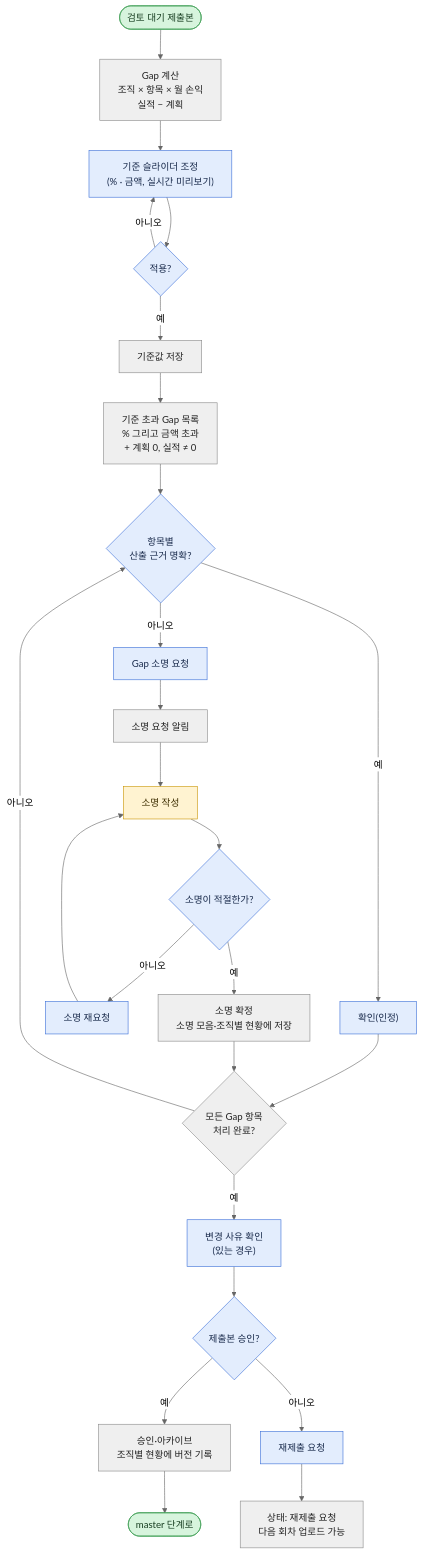
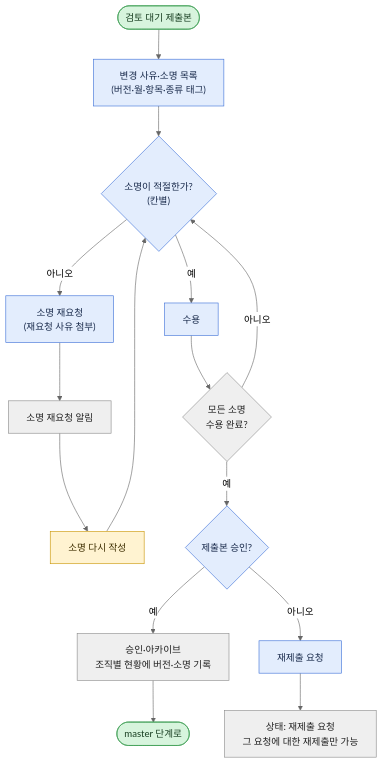
One commit to shinharyeong/skala_final_project changed the fourth of 8 diagrams in docs/flow.md. Above: the diagram before and after it, drawn with Mermaid (neutral theme). The commit also changed other lines of this file and 1 other file, not shown here.

````diff
--- a/docs/flow.md
+++ b/docs/flow.md
@@ -105,45 +116,33 @@
 ```mermaid
 flowchart TD
     A(["검토 대기 제출본"])
-    B["Gap 계산<br/>조직 × 항목 × 월 손익<br/>실적 − 계획"]
-    C["기준 슬라이더 조정<br/>(% · 금액, 실시간 미리보기)"]
-    D{"적용?"}
-    E["기준값 저장"]
-    F["기준 초과 Gap 목록<br/>% 그리고 금액 초과<br/>+ 계획 0, 실적 ≠ 0"]
-    G{"항목별<br/>산출 근거 명확?"}
-    H["확인(인정)"]
-    I["Gap 소명 요청"]
-    J["소명 요청 알림"]
-    K["소명 작성"]
-    L{"소명이 적절한가?"}
-    L1["소명 재요청"]
-    M["소명 확정<br/>소명 모음·조직별 현황에 저장"]
-    N{"모든 Gap 항목<br/>처리 완료?"}
-    V["변경 사유 확인<br/>(있는 경우)"]
+    B["변경 사유·소명 목록<br/>(버전·월·항목·종류 태그)"]
+    G{"소명이 적절한가?<br/>(칸별)"}
+    H["수용"]
+    I["소명 재요청<br/>(재요청 사유 첨부)"]
+    J["소명 재요청 알림"]
+    K["소명 다시 작성"]
+    N{"모든 소명<br/>수용 완료?"}
     O{"제출본 승인?"}
-    P["승인·아카이브<br/>조직별 현황에 버전 기록"]
+    P["승인·아카이브<br/>조직별 현황에 버전·소명 기록"]
     R["재제출 요청"]
-    R1["상태: 재제출 요청<br/>다음 회차 업로드 가능"]
+    R1["상태: 재제출 요청<br/>그 요청에 대한 재제출만 가능"]
     Q(["master 단계로"])
 
-    A --> B --> C --> D
-    D -->|아니오| C
-    D -->|예| E --> F --> G
+    A --> B --> G
     G -->|예| H --> N
-    G -->|아니오| I --> J --> K --> L
-    L -->|아니오| L1 --> K
-    L -->|예| M --> N
+    G -->|아니오| I --> J --> K --> G
     N -->|아니오| G
-    N -->|예| V --> O
+    N -->|예| O
     O -->|예| P --> Q
     O -->|아니오| R --> R1
 
     classDef planner fill:#E3EDFD,stroke:#3B6FD8,color:#1A2B4C
     classDef org fill:#FFF3D1,stroke:#C99400,color:#3D2E00
     classDef system fill:#EFEFEF,stroke:#8A8A8A,color:#222
     classDef terminal fill:#D7F4DD,stroke:#3E9E55,color:#173D20
-    class C,D,G,H,I,L,L1,V,O,R planner
+    class B,G,H,I,O,R planner
     class K org
-    class B,E,F,J,M,N,P,R1 system
+    class J,N,P,R1 system
     class A,Q terminal
 ```
````
